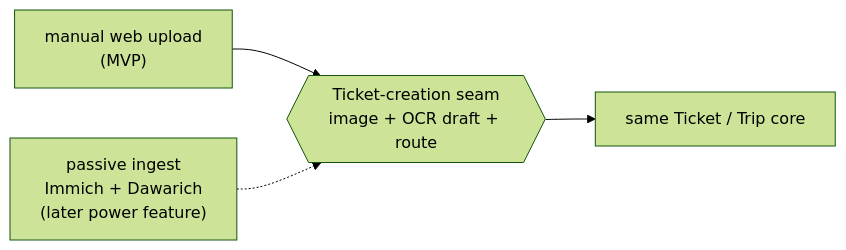
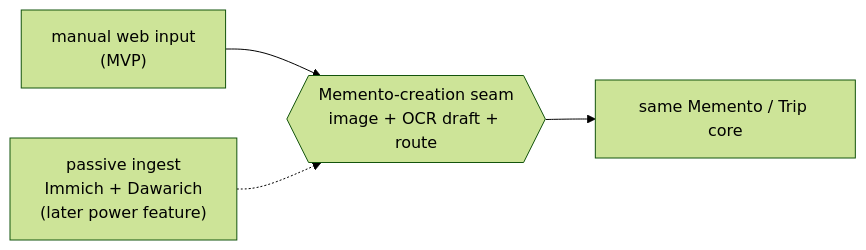
One commit to azusachino/felicia changed the third of 3 diagrams in docs/research/saas-dataflow.md. Above: the diagram before and after it, drawn with Mermaid (forest theme). The commit also changed other lines of this file and 6 other files, not shown here.

````diff
--- a/docs/research/saas-dataflow.md
+++ b/docs/research/saas-dataflow.md
@@ -124,6 +126,6 @@
 ```mermaid
 flowchart LR
-  manual["manual web upload\n(MVP)"] --> seam{{"Ticket-creation seam\nimage + OCR draft + route"}}
+  manual["manual web input\n(MVP)"] --> seam{{"Memento-creation seam\nimage + OCR draft + route"}}
   passive["passive ingest\nImmich + Dawarich\n(later power feature)"] -.-> seam
-  seam --> core["same Ticket / Trip core"]
+  seam --> core["same Memento / Trip core"]
 ```
````
